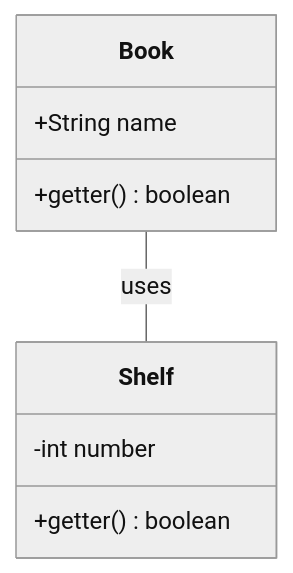
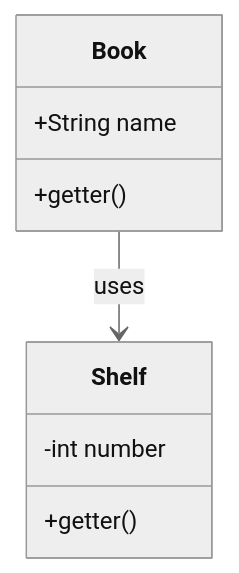
Before and after one commit to AFNabavi/APProject: the diagram in README.md, drawn with Mermaid (neutral theme). The commit also changed other lines of this file, not shown here.

Commit message:
Testing mermaid 5

````diff
--- a/README.md
+++ b/README.md
@@ -6,12 +6,12 @@
 ```mermaid
 classDiagram
     class Book {
         +String name
-        +getter() boolean
+        +getter()
     }
     class Shelf {
         -int number
-        +getter() boolean
+        +getter()
     }
-    Book -- Shelf : uses
+    Book --> Shelf : uses
 ```
````
